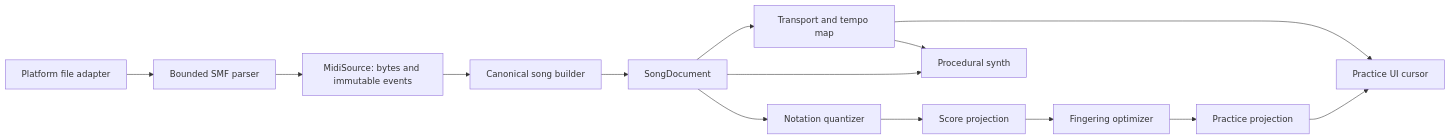
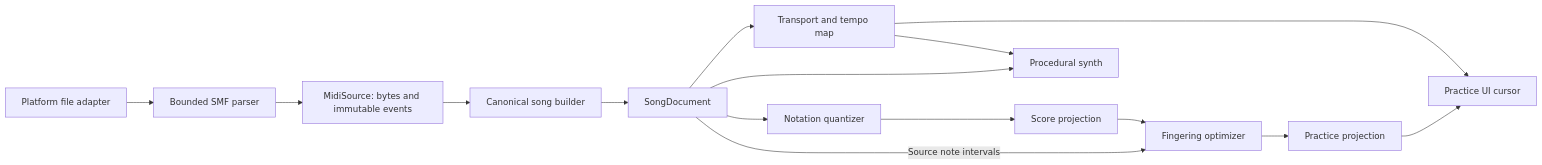
Before and after one commit to bluehexagons/libretabs: the diagram in docs/architecture.md, drawn with Mermaid. The commit also changed other lines of this file and 9 other files, not shown here.

````diff
--- a/docs/architecture.md
+++ b/docs/architecture.md
@@ -28,16 +28,17 @@
 ```mermaid
 flowchart LR
     Host[Platform file adapter] --> Parser[Bounded SMF parser]
     Parser --> Source[MidiSource: bytes and immutable events]
     Source --> Normalize[Canonical song builder]
     Normalize --> Song[SongDocument]
     Song --> Transport[Transport and tempo map]
     Song --> Project[Notation quantizer]
     Project --> Score[Score projection]
     Score --> Fret[Fingering optimizer]
+    Song -->|Source note intervals| Fret
     Fret --> Practice[Practice projection]
     Transport --> Synth[Procedural synth]
     Transport --> View[Practice UI cursor]
     Practice --> View
     Song --> Synth
 ```
````
